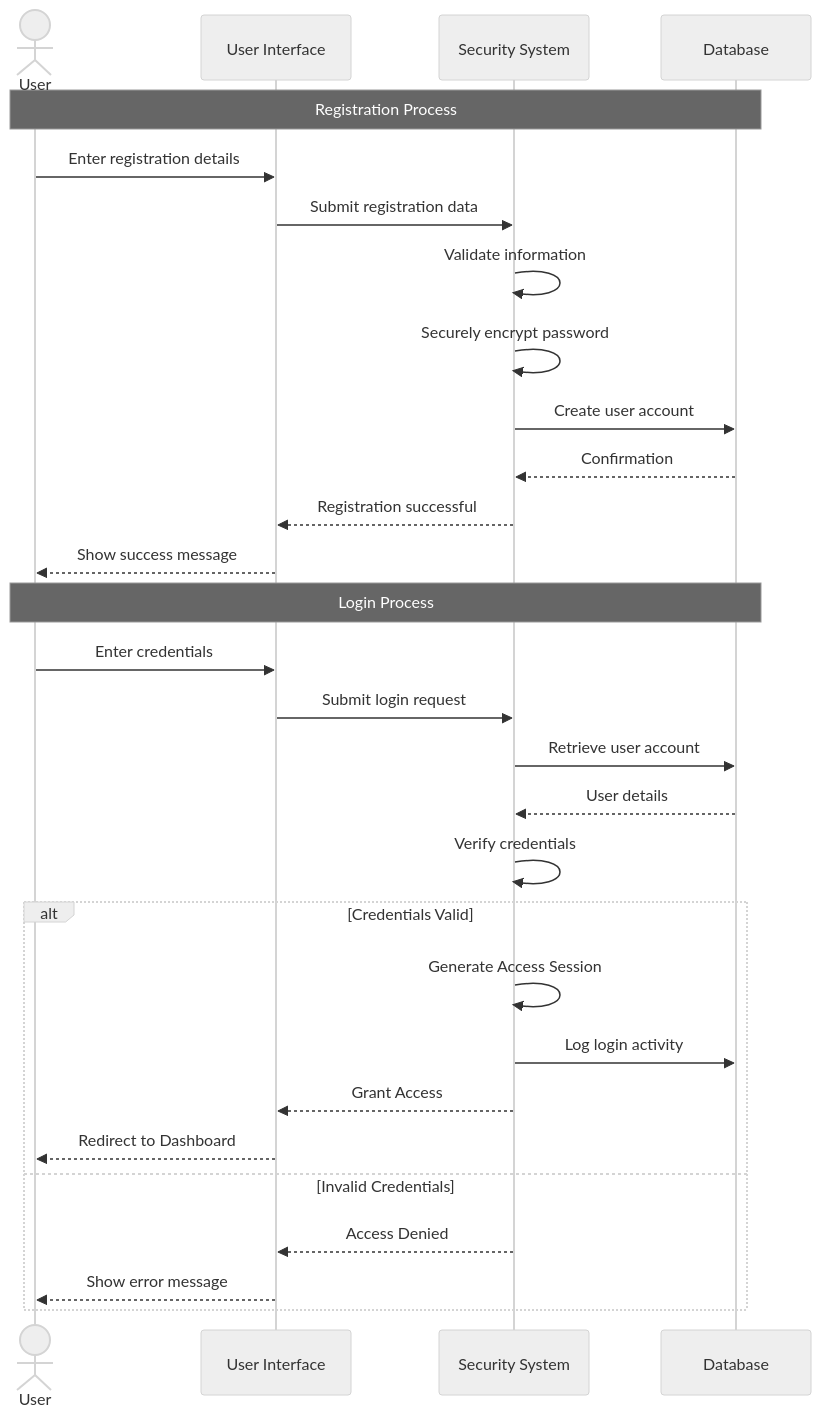
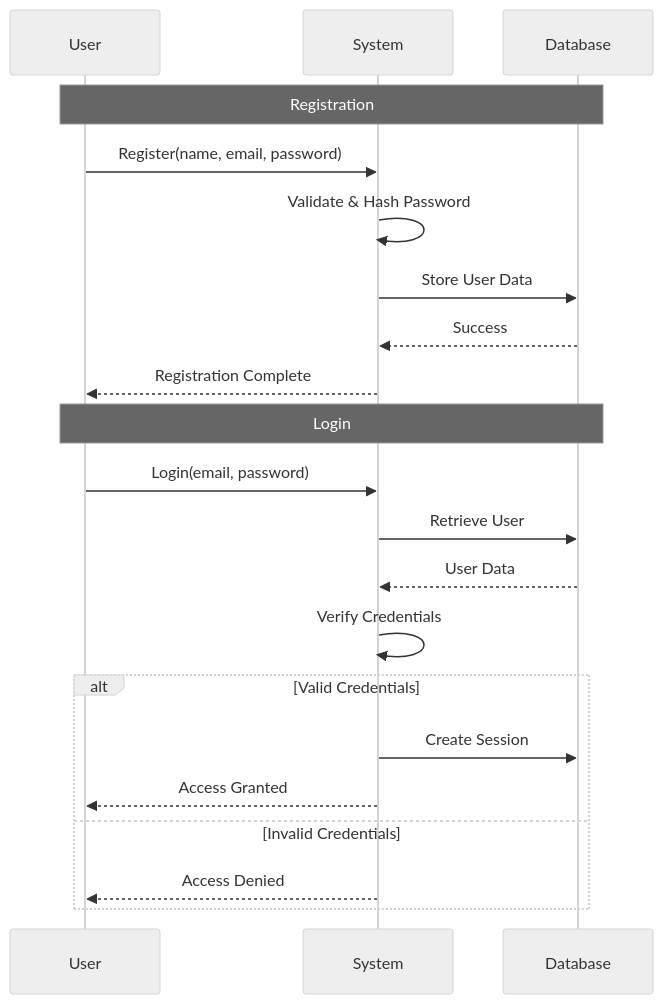
Before and after one commit to abdullah2323442/practice: the seventh of 16 diagrams in system documentation.md, drawn with Mermaid (neutral theme). The commit also changed other lines of this file, not shown here.

First line of the commit message:
Revise system documentation with updated diagrams

````diff
--- a/system documentation.md
+++ b/system documentation.md
@@ -390,34 +422,26 @@
 ```mermaid
 sequenceDiagram
-    actor User
-    participant Web as User Interface
-    participant Auth as Security System
+    participant U as User
+    participant S as System
     participant DB as Database
     
-    Note over User,DB: Registration Process
-    User->>Web: Enter registration details
-    Web->>Auth: Submit registration data
-    Auth->>Auth: Validate information
-    Auth->>Auth: Securely encrypt password
-    Auth->>DB: Create user account
-    DB-->>Auth: Confirmation
-    Auth-->>Web: Registration successful
-    Web-->>User: Show success message
+    Note over U,DB: Registration
+    U->>S: Register(name, email, password)
+    S->>S: Validate & Hash Password
+    S->>DB: Store User Data
+    DB-->>S: Success
+    S-->>U: Registration Complete
     
-    Note over User,DB: Login Process
-    User->>Web: Enter credentials
-    Web->>Auth: Submit login request
-    Auth->>DB: Retrieve user account
-    DB-->>Auth: User details
-    Auth->>Auth: Verify credentials
+    Note over U,DB: Login
+    U->>S: Login(email, password)
+    S->>DB: Retrieve User
+    DB-->>S: User Data
+    S->>S: Verify Credentials
     
-    alt Credentials Valid
-        Auth->>Auth: Generate Access Session
-        Auth->>DB: Log login activity
-        Auth-->>Web: Grant Access
-        Web-->>User: Redirect to Dashboard
+    alt Valid Credentials
+        S->>DB: Create Session
+        S-->>U: Access Granted
     else Invalid Credentials
-        Auth-->>Web: Access Denied
-        Web-->>User: Show error message
+        S-->>U: Access Denied
     end
 ```
````
